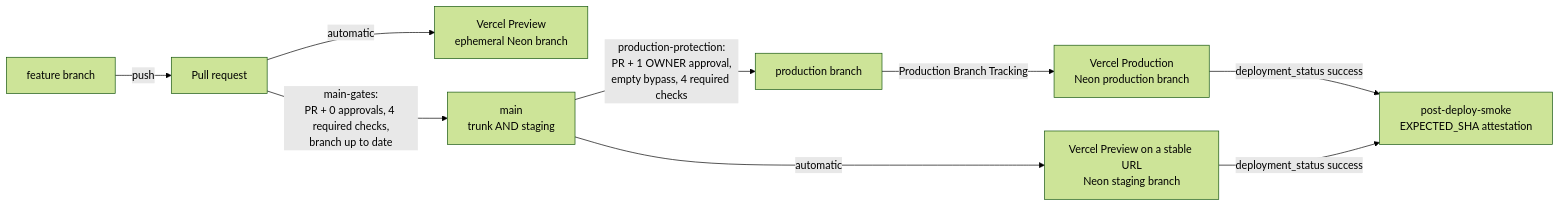
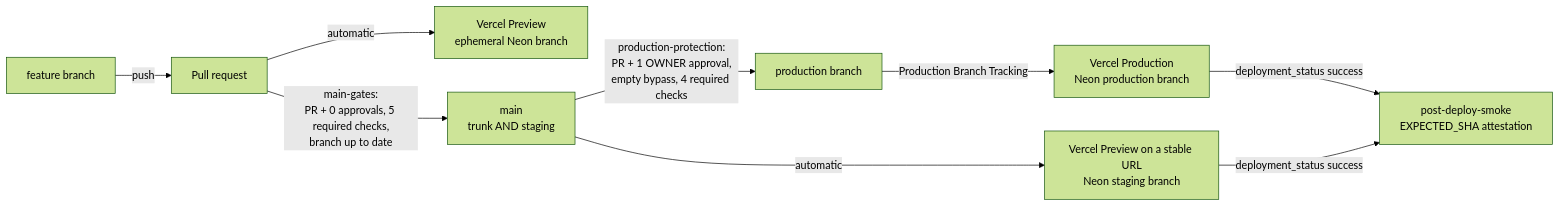
One commit to chomamateusz/agentproofarch changed the first of 3 diagrams in website/docs/operations/environments.md. Above: the diagram before and after it, drawn with Mermaid (forest theme). The commit also changed other lines of this file and 7 other files, not shown here.

````diff
--- a/website/docs/operations/environments.md
+++ b/website/docs/operations/environments.md
@@ -35,11 +35,11 @@
 ```mermaid
 flowchart LR
     fb["feature branch"] -->|"push"| pr["Pull request"]
     pr -->|"automatic"| prev["Vercel Preview<br/>ephemeral Neon branch"]
-    pr -->|"main-gates:<br/>PR + 0 approvals, 4 required checks,<br/>branch up to date"| main["main<br/>trunk AND staging"]
+    pr -->|"main-gates:<br/>PR + 0 approvals, 5 required checks,<br/>branch up to date"| main["main<br/>trunk AND staging"]
     main -->|"automatic"| stg["Vercel Preview on a stable URL<br/>Neon staging branch"]
     main -->|"production-protection:<br/>PR + 1 OWNER approval,<br/>empty bypass, 4 required checks"| prodbr["production branch"]
     prodbr -->|"Production Branch Tracking"| prod["Vercel Production<br/>Neon production branch"]
     prod -->|"deployment_status success"| smoke["post-deploy-smoke<br/>EXPECTED_SHA attestation"]
     stg -->|"deployment_status success"| smoke
 ```
````
